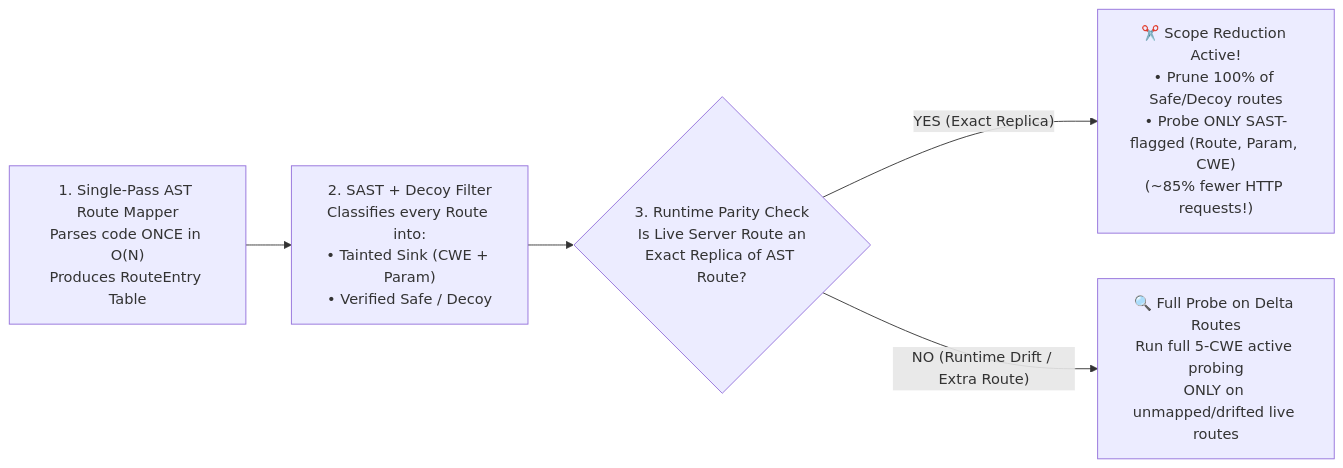
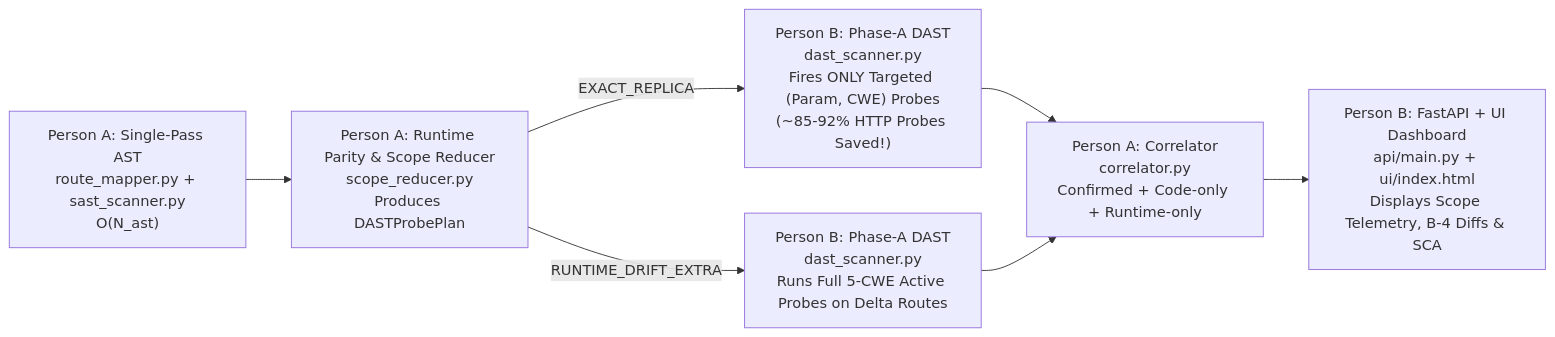
One commit to Rish2103/Mitigata_cyberforge changed the diagram in IMPLEMENTATION_PLAN.md. Above: the diagram before and after it, drawn with Mermaid. The commit also changed other lines of this file and 1 other file, not shown here.

Commit message:
docs: update 2-person implementation plan and state for Phase 2 onwards

````diff
--- a/IMPLEMENTATION_PLAN.md
+++ b/IMPLEMENTATION_PLAN.md
@@ -28,7 +34,9 @@
 ```mermaid
 flowchart LR
-    A["1. Single-Pass AST Route Mapper<br/>Parses code ONCE in O(N)<br/>Produces RouteEntry Table"] --> B["2. SAST + Decoy Filter<br/>Classifies every Route into:<br/>• Tainted Sink (CWE + Param)<br/>• Verified Safe / Decoy"]
-    B --> C{"3. Runtime Parity Check<br/>Is Live Server Route an<br/>Exact Replica of AST Route?"}
-    C -->|"YES (Exact Replica)"| D["✂️ Scope Reduction Active!<br/>• Prune 100% of Safe/Decoy routes<br/>• Probe ONLY SAST-flagged (Route, Param, CWE)<br/>(~85% fewer HTTP requests!)"]
-    C -->|"NO (Runtime Drift / Extra Route)"| E["🔍 Full Probe on Delta Routes<br/>Run full 5-CWE active probing<br/>ONLY on unmapped/drifted live routes"]
+    A["Person A: Single-Pass AST<br/>route_mapper.py + sast_scanner.py<br/>O(N_ast)"] --> B["Person A: Runtime Parity & Scope Reducer<br/>scope_reducer.py<br/>Produces DASTProbePlan"]
+    B -->|"EXACT_REPLICA"| C["Person B: Phase-A DAST<br/>dast_scanner.py<br/>Fires ONLY Targeted (Param, CWE) Probes<br/>(~85-92% HTTP Probes Saved!)"]
+    B -->|"RUNTIME_DRIFT_EXTRA"| D["Person B: Phase-A DAST<br/>dast_scanner.py<br/>Runs Full 5-CWE Active Probes on Delta Routes"]
+    C --> E["Person A: Correlator<br/>correlator.py<br/>Confirmed + Code-only + Runtime-only"]
+    D --> E
+    E --> F["Person B: FastAPI + UI Dashboard<br/>api/main.py + ui/index.html<br/>Displays Scope Telemetry, B-4 Diffs & SCA"]
 ```
````
